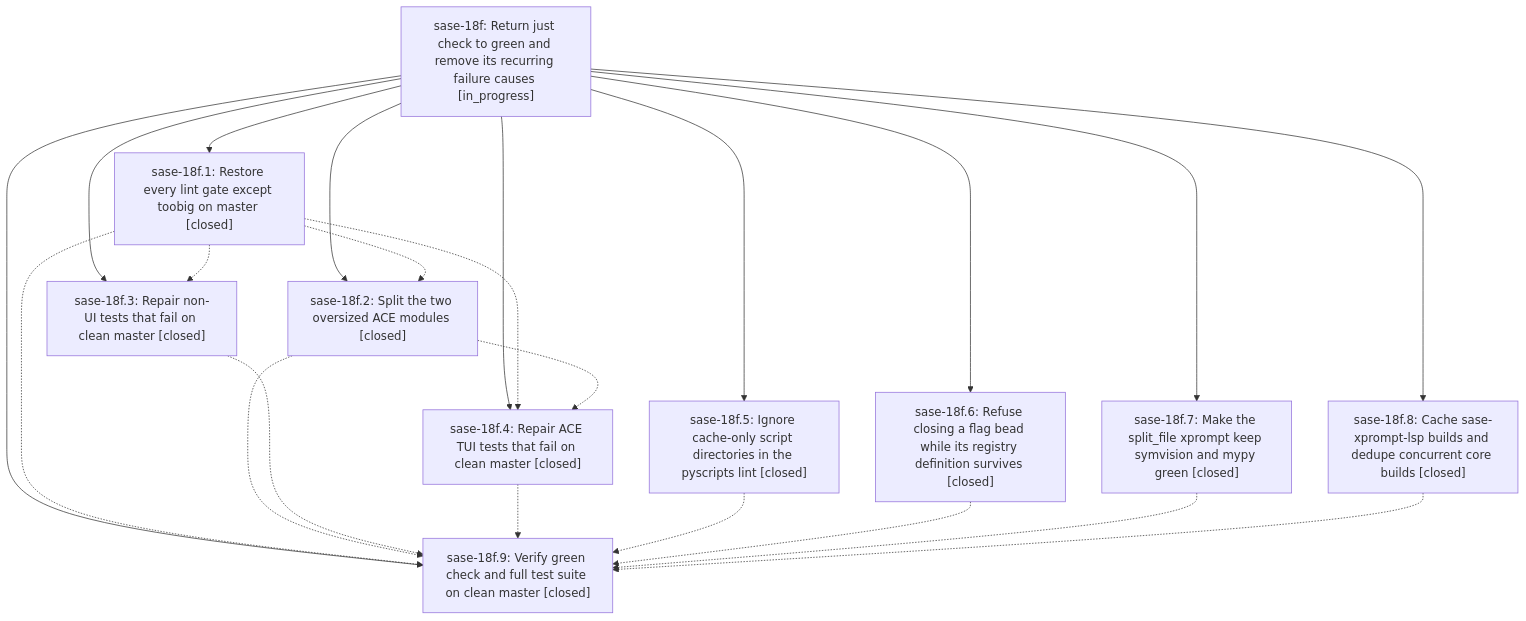
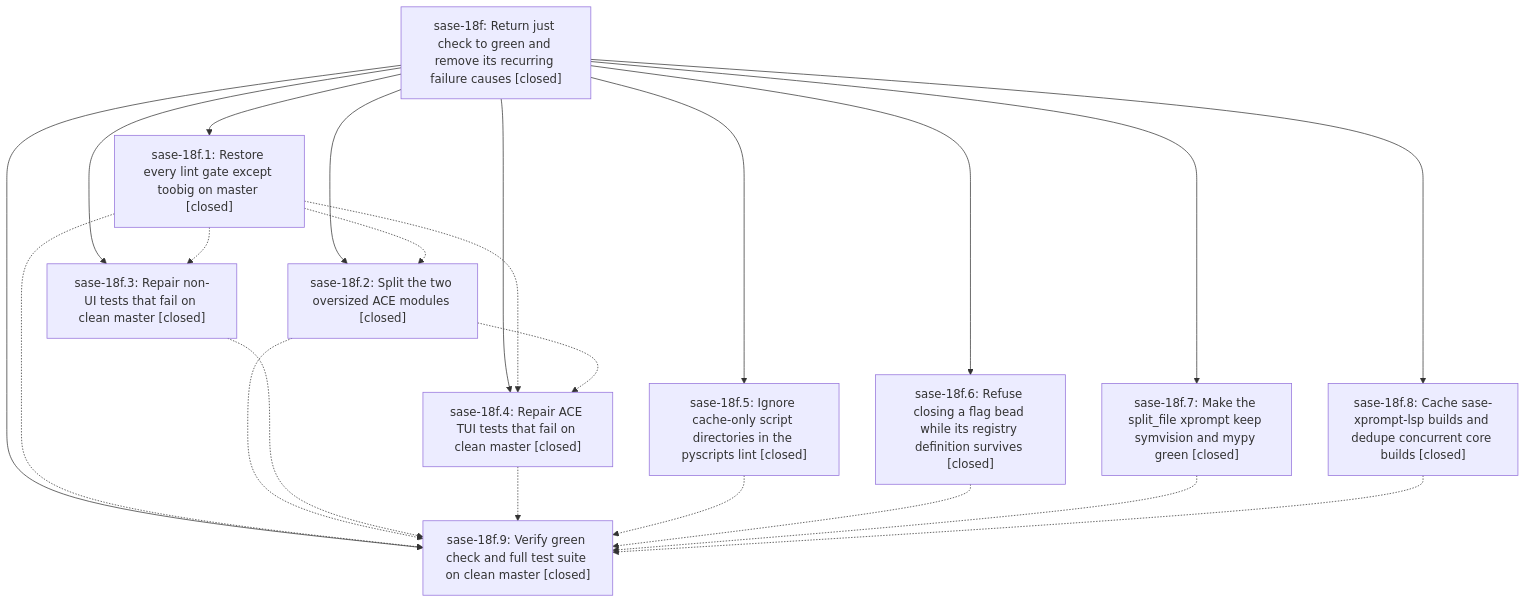
Before and after one commit to sase-org/sase--beads: the diagram in pages/sase-18f/README.md, drawn with Mermaid. The commit also changed other lines of this file and 1 other file, not shown here.

First line of the commit message:
chore(beads): sync bead state and pages for sase-18f

````diff
--- a/pages/sase-18f/README.md
+++ b/pages/sase-18f/README.md
@@ -48,34 +62,34 @@
 ```mermaid
 flowchart TD
-    n0["sase-18f: Return just check to green and remove its recurring failure causes [in_progress]"]
+    n0["sase-18f: Return just check to green and remove its recurring failure causes [closed]"]
     n1["sase-18f.1: Restore every lint gate except toobig on master [closed]"]
     n2["sase-18f.2: Split the two oversized ACE modules [closed]"]
     n3["sase-18f.3: Repair non-UI tests that fail on clean master [closed]"]
     n4["sase-18f.4: Repair ACE TUI tests that fail on clean master [closed]"]
     n5["sase-18f.5: Ignore cache-only script directories in the pyscripts lint [closed]"]
     n6["sase-18f.6: Refuse closing a flag bead while its registry definition survives [closed]"]
     n7["sase-18f.7: Make the split_file xprompt keep symvision and mypy green [closed]"]
     n8["sase-18f.8: Cache sase-xprompt-lsp builds and dedupe concurrent core builds [closed]"]
     n9["sase-18f.9: Verify green check and full test suite on clean master [closed]"]
     n0 --> n1
     n0 --> n2
     n0 --> n3
     n0 --> n4
     n0 --> n5
     n0 --> n6
     n0 --> n7
     n0 --> n8
     n0 --> n9
     n1 -.-> n2
     n1 -.-> n3
     n1 -.-> n4
     n1 -.-> n9
     n2 -.-> n4
     n2 -.-> n9
     n3 -.-> n9
     n4 -.-> n9
     n5 -.-> n9
     n6 -.-> n9
     n7 -.-> n9
     n8 -.-> n9
 ```
````
